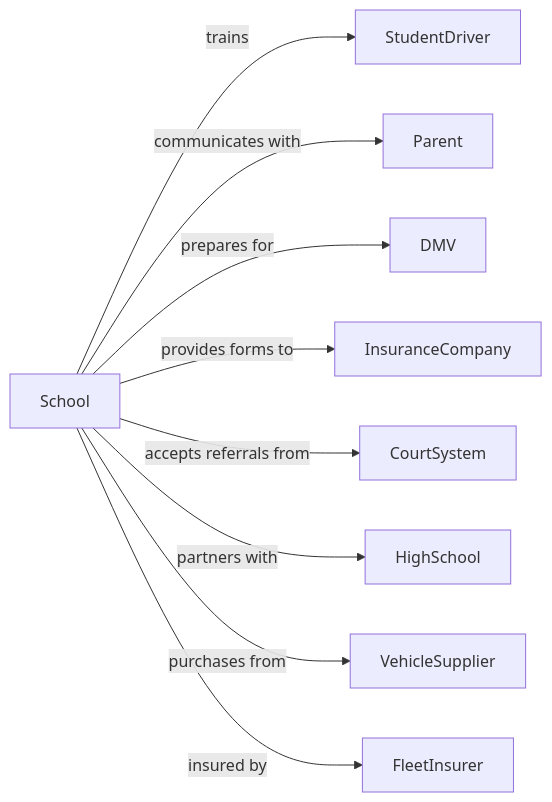
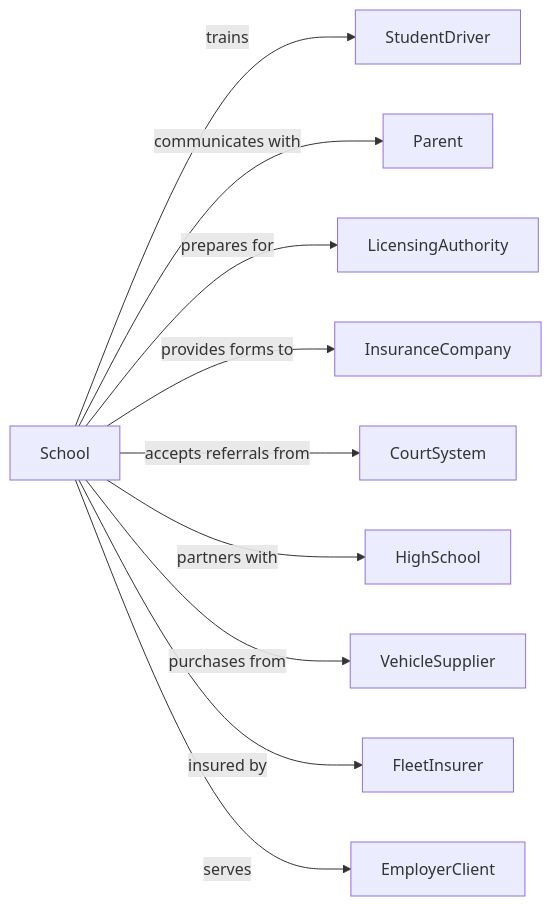
The second of 2 diagrams in Education/Education/OtherSchoolsAndInstruction/AutomobileDrivingSchools.mdx (dot-org-ai/industries.org.ai), drawn with Mermaid before and after one commit. The commit also changed other lines of this file and 588 other files, not shown here.

````diff
--- a/Education/Education/OtherSchoolsAndInstruction/AutomobileDrivingSchools.mdx
+++ b/Education/Education/OtherSchoolsAndInstruction/AutomobileDrivingSchools.mdx
@@ -141,13 +141,14 @@
 ```mermaid
 graph LR
     S[School]
 
     S -->|trains| StudentDriver
     S -->|communicates with| Parent
-    S -->|prepares for| DMV
+    S -->|prepares for| LicensingAuthority
     S -->|provides forms to| InsuranceCompany
     S -->|accepts referrals from| CourtSystem
     S -->|partners with| HighSchool
     S -->|purchases from| VehicleSupplier
     S -->|insured by| FleetInsurer
+    S -->|serves| EmployerClient
 ```
````
